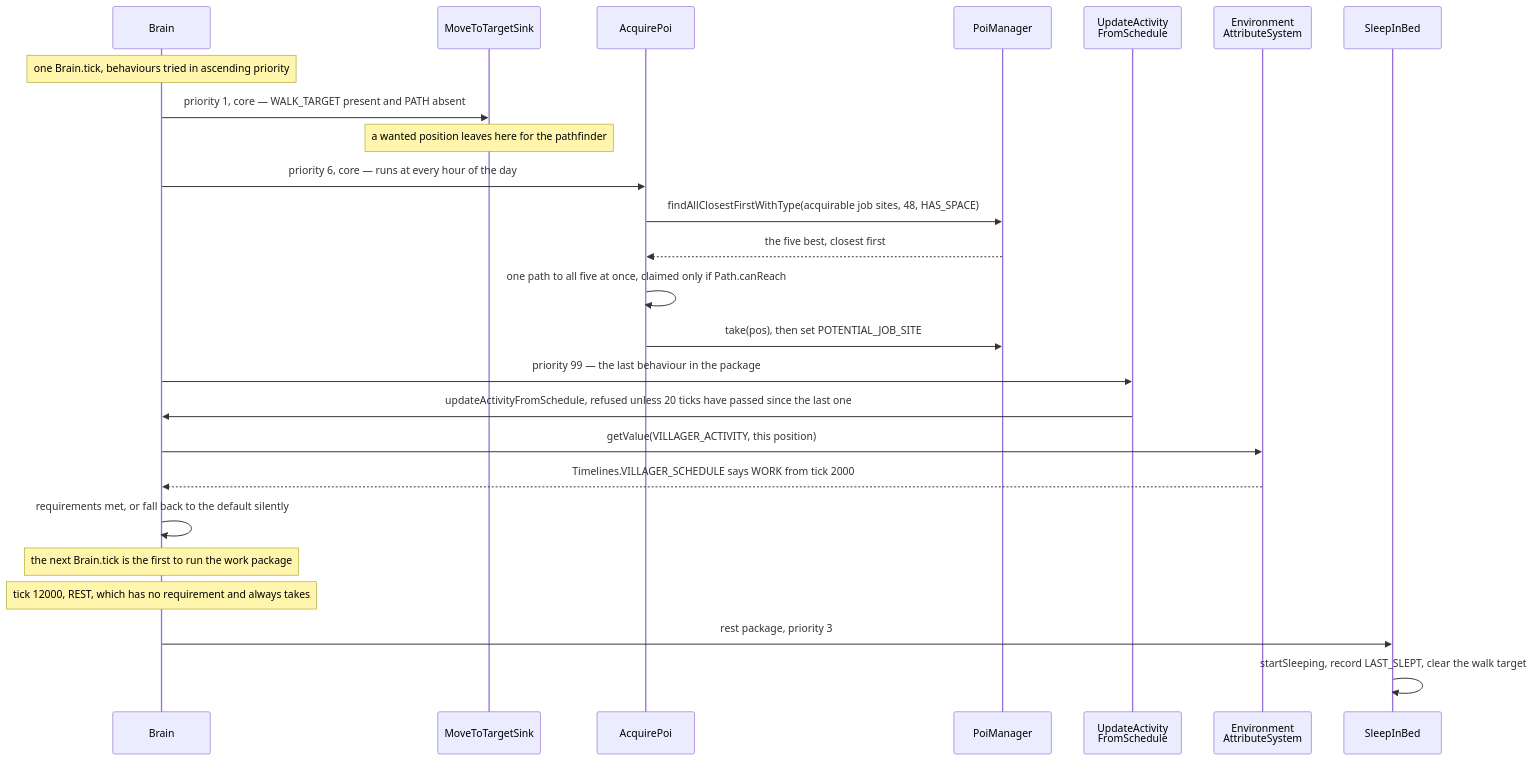
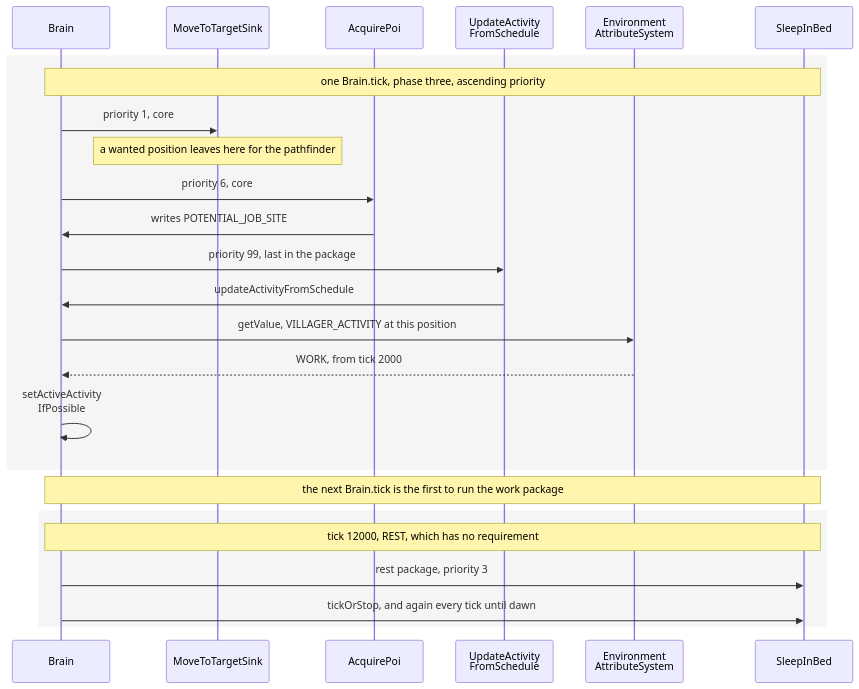
The second of 2 diagrams in src/systems/entities/ai-goals-and-brains.md (AlexanderjFraser/MinecraftDocs), drawn with Mermaid before and after one commit. The commit also changed other lines of this file and 23 other files, not shown here.

````diff
--- a/src/systems/entities/ai-goals-and-brains.md
+++ b/src/systems/entities/ai-goals-and-brains.md
@@ -334,28 +351,28 @@
 ```mermaid
 sequenceDiagram
     participant Brain as Brain
     participant MTS as MoveToTargetSink
     participant AP as AcquirePoi
-    participant PM as PoiManager
     participant UAFS as UpdateActivity<br/>FromSchedule
     participant EAS as Environment<br/>AttributeSystem
     participant SIB as SleepInBed
 
-    Note over Brain: one Brain.tick, behaviours tried in ascending priority
-    Brain->>MTS: priority 1, core — WALK_TARGET present and PATH absent
+    rect rgba(0, 0, 0, 0.04)
+    Note over Brain,SIB: one Brain.tick, phase three, ascending priority
+    Brain->>MTS: priority 1, core
     Note over MTS: a wanted position leaves here for the pathfinder
-    Brain->>AP: priority 6, core — runs at every hour of the day
-    AP->>PM: findAllClosestFirstWithType(acquirable job sites, 48, HAS_SPACE)
-    PM-->>AP: the five best, closest first
-    AP->>AP: one path to all five at once, claimed only if Path.canReach
-    AP->>PM: take(pos), then set POTENTIAL_JOB_SITE
-    Brain->>UAFS: priority 99 — the last behaviour in the package
-    UAFS->>Brain: updateActivityFromSchedule, refused unless 20 ticks have passed since the last one
-    Brain->>EAS: getValue(VILLAGER_ACTIVITY, this position)
-    EAS-->>Brain: Timelines.VILLAGER_SCHEDULE says WORK from tick 2000
-    Brain->>Brain: requirements met, or fall back to the default silently
-    Note over Brain: the next Brain.tick is the first to run the work package
-    Note over Brain: tick 12000, REST, which has no requirement and always takes
+    Brain->>AP: priority 6, core
+    AP->>Brain: writes POTENTIAL_JOB_SITE
+    Brain->>UAFS: priority 99, last in the package
+    UAFS->>Brain: updateActivityFromSchedule
+    Brain->>EAS: getValue, VILLAGER_ACTIVITY at this position
+    EAS-->>Brain: WORK, from tick 2000
+    Brain->>Brain: setActiveActivity<br/>IfPossible
+    end
+    Note over Brain,SIB: the next Brain.tick is the first to run the work package
+    rect rgba(0, 0, 0, 0.04)
+    Note over Brain,SIB: tick 12000, REST, which has no requirement
     Brain->>SIB: rest package, priority 3
-    SIB->>SIB: startSleeping, record LAST_SLEPT, clear the walk target
+    Brain->>SIB: tickOrStop, and again every tick until dawn
+    end
 ```
````
